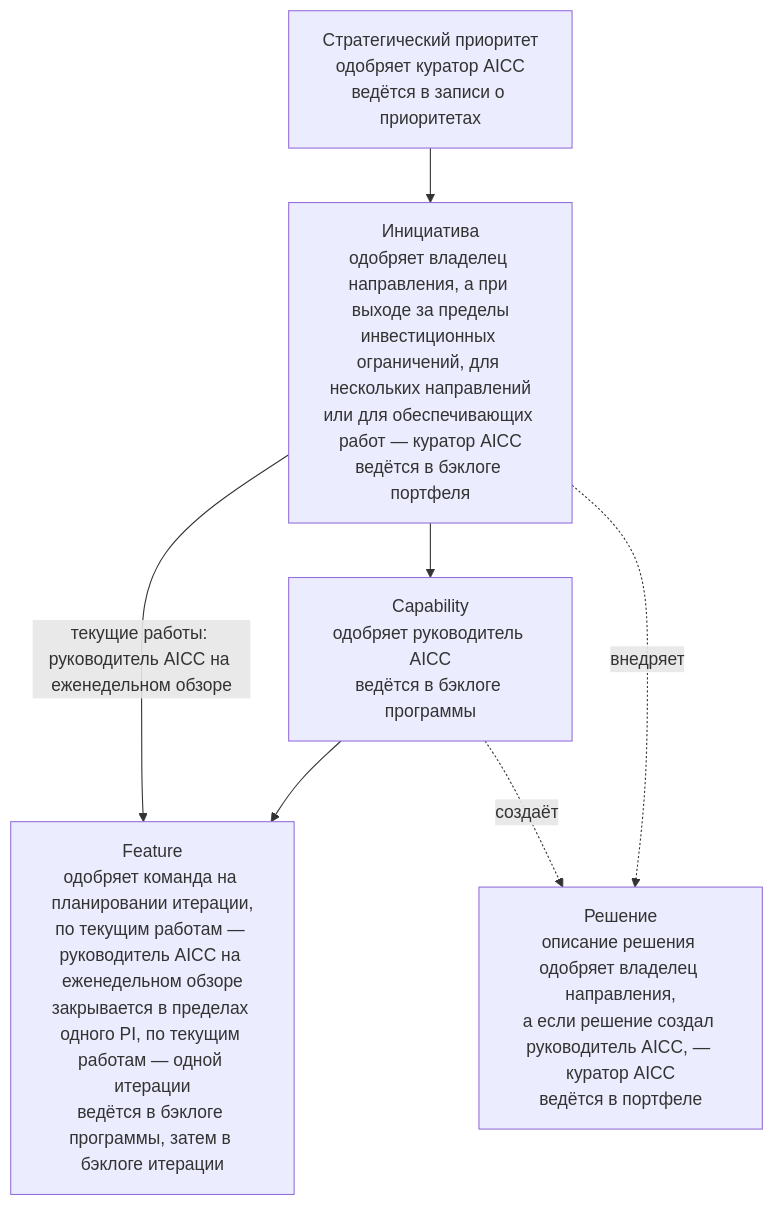
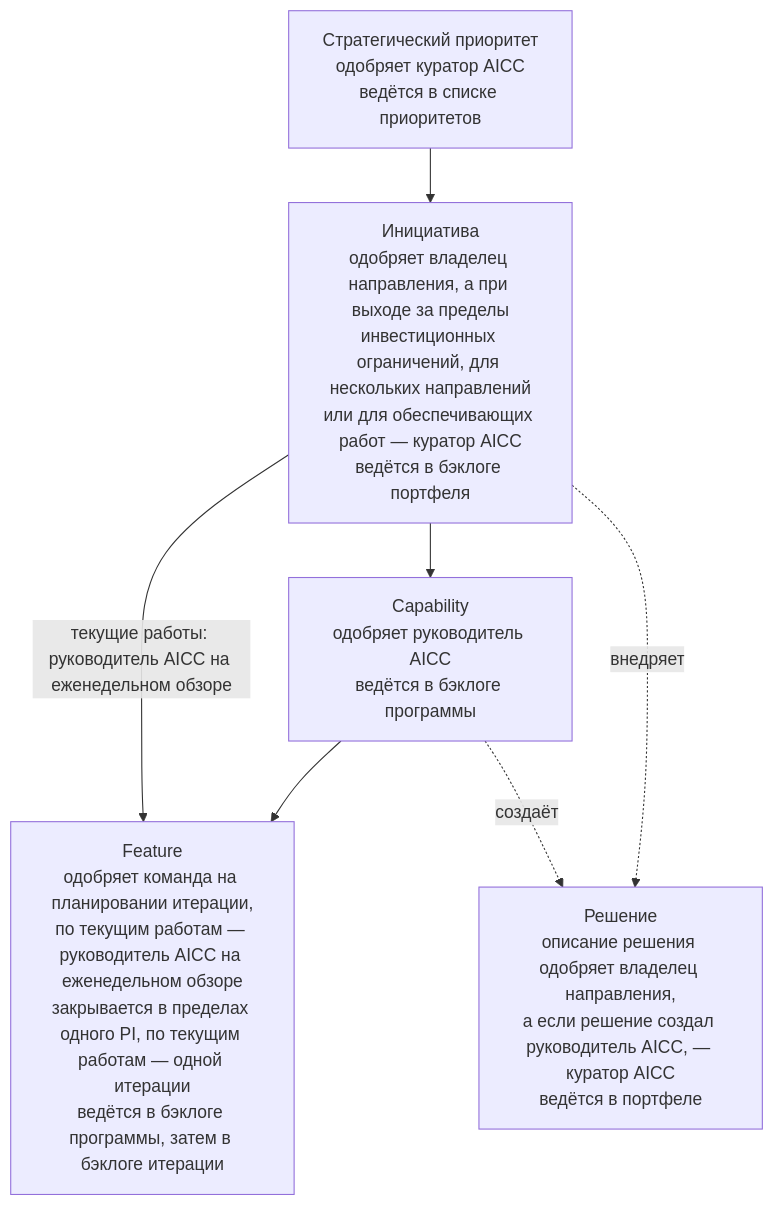
The first of 5 diagrams in charter/ru/guides/service-delivery-guide.md (devhogu/ob-aicc), drawn with Mermaid before and after one commit. The commit also changed other lines of this file and 370 other files, not shown here.

````diff
--- a/charter/ru/guides/service-delivery-guide.md
+++ b/charter/ru/guides/service-delivery-guide.md
@@ -17,14 +17,14 @@
 ```mermaid
 flowchart TB
-  SP["Стратегический приоритет<br/>одобряет куратор AICC<br/>ведётся в записи о приоритетах"]
+  SP["Стратегический приоритет<br/>одобряет куратор AICC<br/>ведётся в списке приоритетов"]
   INI["Инициатива<br/>одобряет владелец направления, а при выходе за пределы<br/>инвестиционных ограничений, для нескольких направлений<br/>или для обеспечивающих работ — куратор AICC<br/>ведётся в бэклоге портфеля"]
   CAP["Capability<br/>одобряет руководитель AICC<br/>ведётся в бэклоге программы"]
   FT["Feature<br/>одобряет команда на планировании итерации,<br/>по текущим работам — руководитель AICC на еженедельном обзоре<br/>закрывается в пределах одного PI, по текущим работам — одной итерации<br/>ведётся в бэклоге программы, затем в бэклоге итерации"]
   SOL["Решение<br/>описание решения одобряет владелец направления,<br/>а если решение создал руководитель AICC, — куратор AICC<br/>ведётся в портфеле"]
   SP --> INI
   INI --> CAP
   CAP --> FT
   INI -->|текущие работы: руководитель AICC на еженедельном обзоре| FT
   INI -.->|"внедряет"| SOL
   CAP -.->|"создаёт"| SOL
 ```
````
